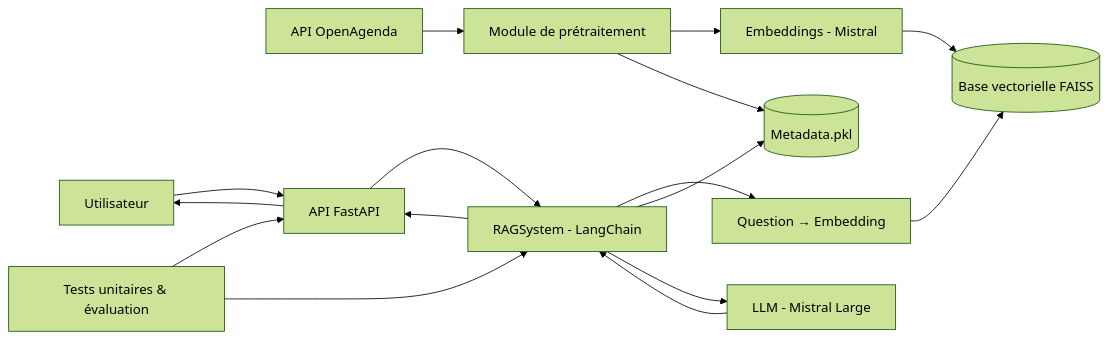
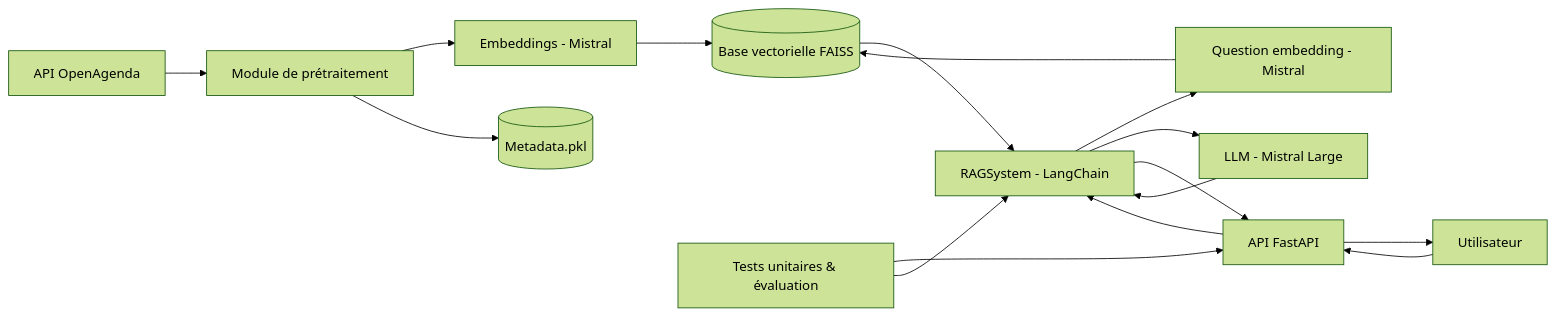
The diagram in docs/UML2.md (NIX3S/Projet7OC), drawn with Mermaid (forest theme) before and after one commit.

````diff
--- a/docs/UML2.md
+++ b/docs/UML2.md
@@ -1,34 +1,40 @@
 ```mermaid
 flowchart LR
     %% =========================
     %% Données entrantes
     %% =========================
     OA[API OpenAgenda] --> PRE[Module de prétraitement]
 
     %% =========================
     %% Prétraitement & Indexation
     %% =========================
     PRE --> EMB[Embeddings - Mistral]
     EMB --> FAISS[(Base vectorielle FAISS)]
     PRE --> META[(Metadata.pkl)]
 
     %% =========================
     %% Système RAG
     %% =========================
     USER[Utilisateur] --> API[API FastAPI]
+
     API --> RAG[RAGSystem - LangChain]
-    RAG --> QV[Question → Embedding]
-    QV --> FAISS
-    RAG --> META
+
+    %% Étape clé : transformation question en vecteur
+    RAG --> QEMB[Question embedding - Mistral]
+    QEMB --> FAISS
+    FAISS --> RAG
+
+    %% Génération via LLM après récupération des documents
     RAG --> LLM[LLM - Mistral Large]
     LLM --> RAG
+
     RAG --> API
     API --> USER
 
     %% =========================
     %% Tests
     %% =========================
     TESTS[Tests unitaires & évaluation] --> API
     TESTS --> RAG
 
 ```
````
